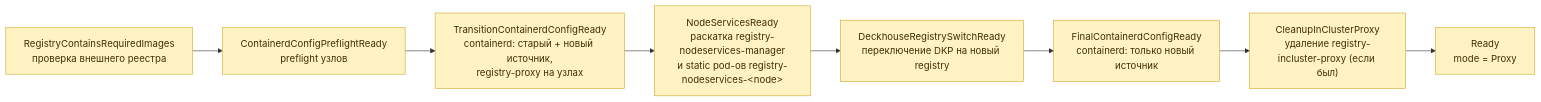
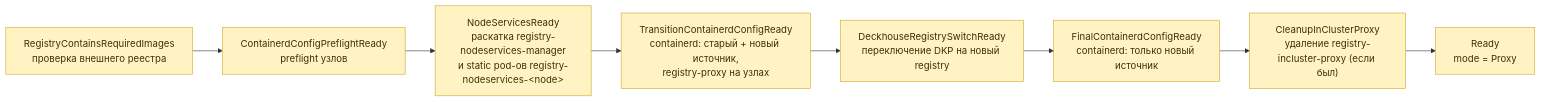
The third of 6 diagrams in modules/038-registry/docs/internal/REGISTRY_SWITCHING.md (deckhouse/deckhouse), drawn with Mermaid before and after one commit. The commit also changed other lines of this file, not shown here.

````diff
--- a/modules/038-registry/docs/internal/REGISTRY_SWITCHING.md
+++ b/modules/038-registry/docs/internal/REGISTRY_SWITCHING.md
@@ -272,16 +272,16 @@
 ```mermaid
 flowchart LR
     A["RegistryContainsRequiredImages<br/>проверка внешнего реестра"]
     B["ContainerdConfigPreflightReady<br/>preflight узлов"]
-    C["TransitionContainerdConfigReady<br/>containerd: старый + новый источник,<br/>registry-proxy на узлах"]
-    D["NodeServicesReady<br/>раскатка registry-nodeservices-manager<br/>и static pod-ов registry-nodeservices-&lt;node&gt;"]
+    C["NodeServicesReady<br/>раскатка registry-nodeservices-manager<br/>и static pod-ов registry-nodeservices-&lt;node&gt;"]
+    D["TransitionContainerdConfigReady<br/>containerd: старый + новый источник,<br/>registry-proxy на узлах"]
     E["DeckhouseRegistrySwitchReady<br/>переключение DKP на новый registry"]
     F["FinalContainerdConfigReady<br/>containerd: только новый источник"]
     G["CleanupInClusterProxy<br/>удаление registry-incluster-proxy (если был)"]
     H["Ready<br/>mode = Proxy"]
 
     A --> B --> C --> D --> E --> F --> G --> H
 
     classDef cond fill:#fff3c4,stroke:#d4a72c,color:#3d3000;
     class A,B,C,D,E,F,G,H cond;
 ```
````
